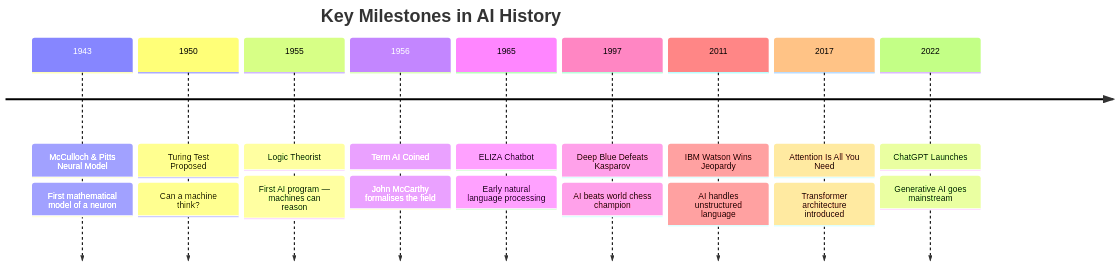
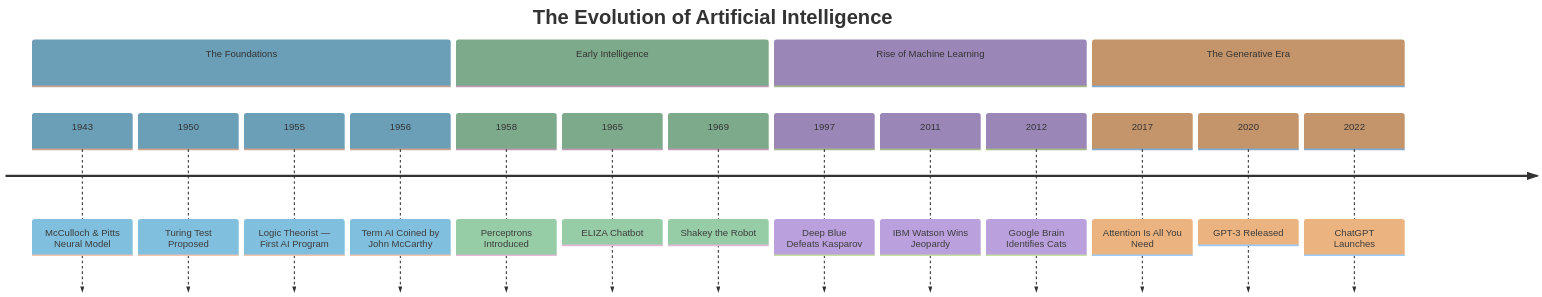
One commit to itsswatii/ai-learning changed the first of 5 diagrams in week-01/ai-fundamentals.md. Above: the diagram before and after it, drawn with Mermaid. The commit also changed other lines of this file and 1 other file, not shown here.

````diff
--- a/week-01/ai-fundamentals.md
+++ b/week-01/ai-fundamentals.md
@@ -23,22 +23,26 @@
 ```mermaid
+%%{init: { 'theme': 'base', 'themeVariables': { 'fontSize': '18px', 'cScale0': '#6b9fb8', 'cScale1': '#7daa8a', 'cScale2': '#9b86b8', 'cScale3': '#c4956a' } } }%%
 timeline
-    title Key Milestones in AI History
-    1943 : McCulloch & Pitts Neural Model
-         : First mathematical model of a neuron
-    1950 : Turing Test Proposed
-         : Can a machine think?
-    1955 : Logic Theorist
-         : First AI program — machines can reason
-    1956 : Term AI Coined
-         : John McCarthy formalises the field
-    1965 : ELIZA Chatbot
-         : Early natural language processing
-    1997 : Deep Blue Defeats Kasparov
-         : AI beats world chess champion
-    2011 : IBM Watson Wins Jeopardy
-         : AI handles unstructured language
-    2017 : Attention Is All You Need
-         : Transformer architecture introduced
-    2022 : ChatGPT Launches
-         : Generative AI goes mainstream
+    title The Evolution of Artificial Intelligence
+
+    section The Foundations
+        1943 : McCulloch & Pitts Neural Model
+        1950 : Turing Test Proposed
+        1955 : Logic Theorist — First AI Program
+        1956 : Term AI Coined by John McCarthy
+
+    section Early Intelligence
+        1958 : Perceptrons Introduced
+        1965 : ELIZA Chatbot
+        1969 : Shakey the Robot
+
+    section Rise of Machine Learning
+        1997 : Deep Blue Defeats Kasparov
+        2011 : IBM Watson Wins Jeopardy
+        2012 : Google Brain Identifies Cats
+
+    section The Generative Era
+        2017 : Attention Is All You Need
+        2020 : GPT-3 Released
+        2022 : ChatGPT Launches
 ```
````
